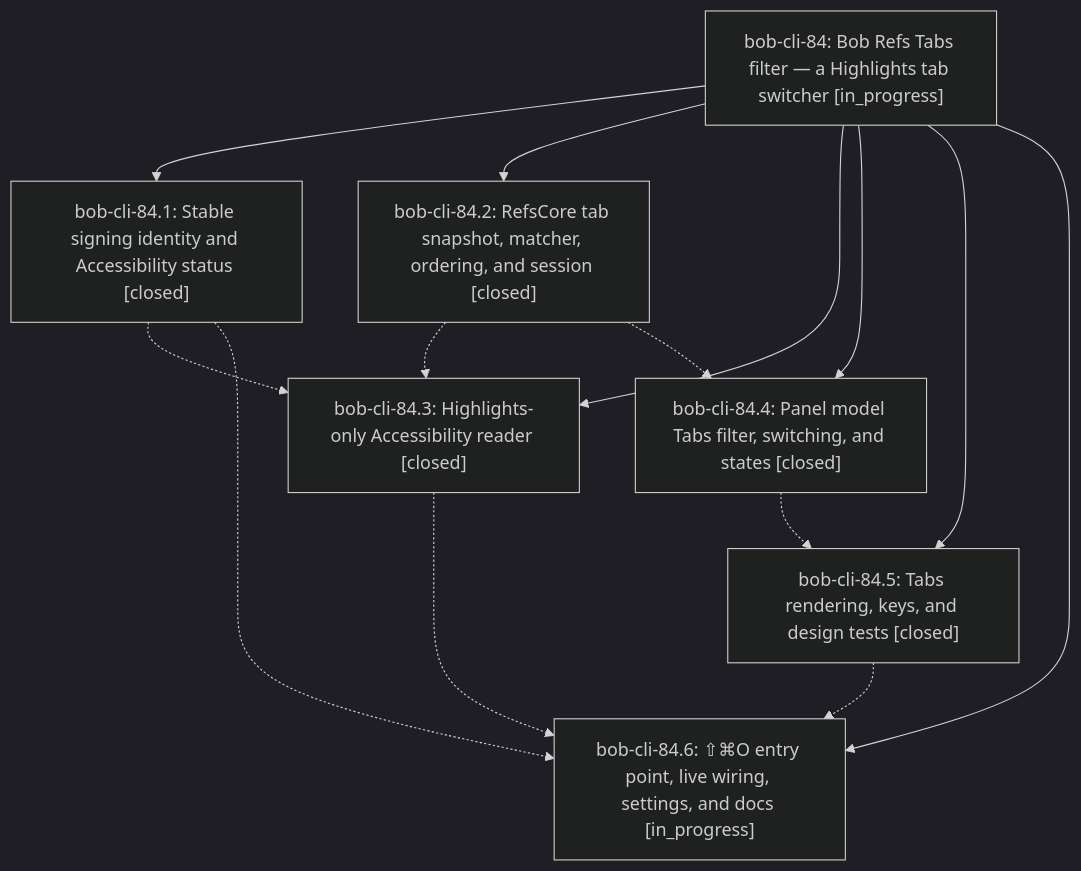
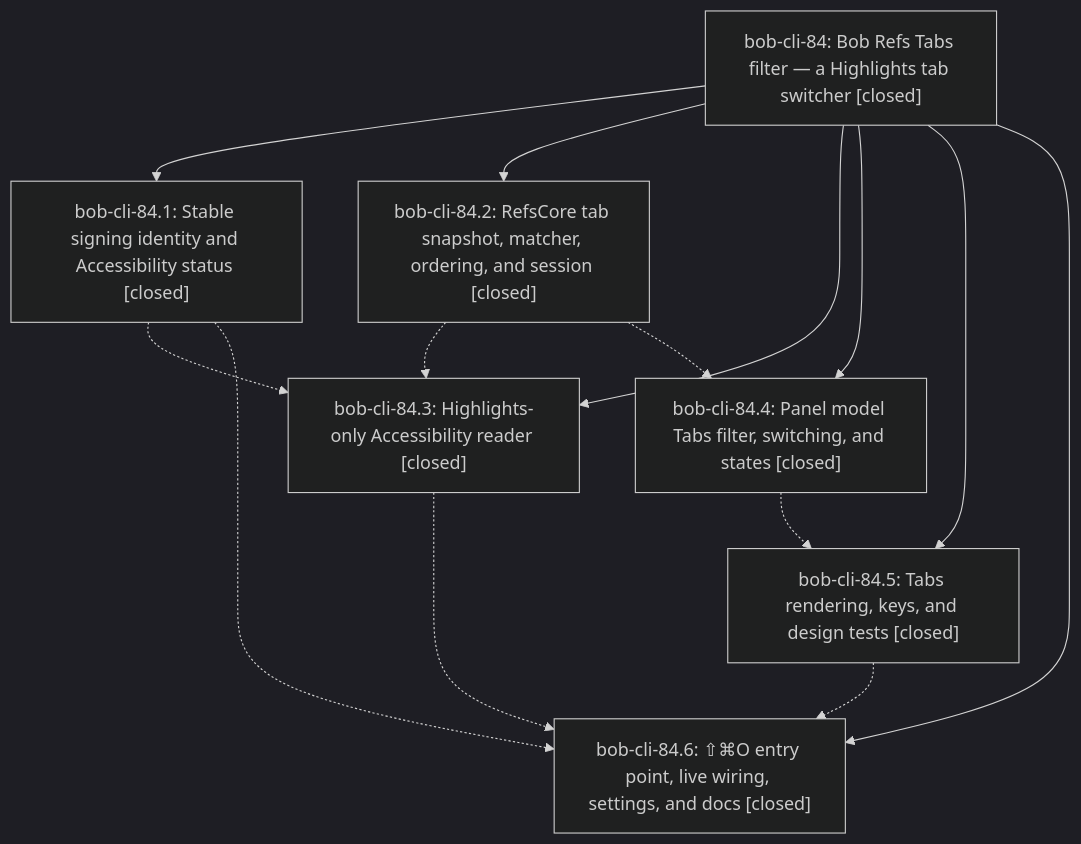
Before and after one commit to bobs-org/bob-cli--beads: the diagram in pages/bob-cli-84/README.md, drawn with Mermaid (dark theme). The commit also changed other lines of this file and 4 other files, not shown here.

First line of the commit message:
chore(beads): sync bead state and pages for bob-cli-84

````diff
--- a/pages/bob-cli-84/README.md
+++ b/pages/bob-cli-84/README.md
@@ -41,23 +70,23 @@
 ```mermaid
 flowchart TD
-    n0["bob-cli-84: Bob Refs Tabs filter — a Highlights tab switcher [in_progress]"]
+    n0["bob-cli-84: Bob Refs Tabs filter — a Highlights tab switcher [closed]"]
     n1["bob-cli-84.1: Stable signing identity and Accessibility status [closed]"]
     n2["bob-cli-84.2: RefsCore tab snapshot, matcher, ordering, and session [closed]"]
     n3["bob-cli-84.3: Highlights-only Accessibility reader [closed]"]
     n4["bob-cli-84.4: Panel model Tabs filter, switching, and states [closed]"]
     n5["bob-cli-84.5: Tabs rendering, keys, and design tests [closed]"]
-    n6["bob-cli-84.6: ⇧⌘O entry point, live wiring, settings, and docs [in_progress]"]
+    n6["bob-cli-84.6: ⇧⌘O entry point, live wiring, settings, and docs [closed]"]
     n0 --> n1
     n0 --> n2
     n0 --> n3
     n0 --> n4
     n0 --> n5
     n0 --> n6
     n1 -.-> n3
     n1 -.-> n6
     n2 -.-> n3
     n2 -.-> n4
     n3 -.-> n6
     n4 -.-> n5
     n5 -.-> n6
 ```
````
